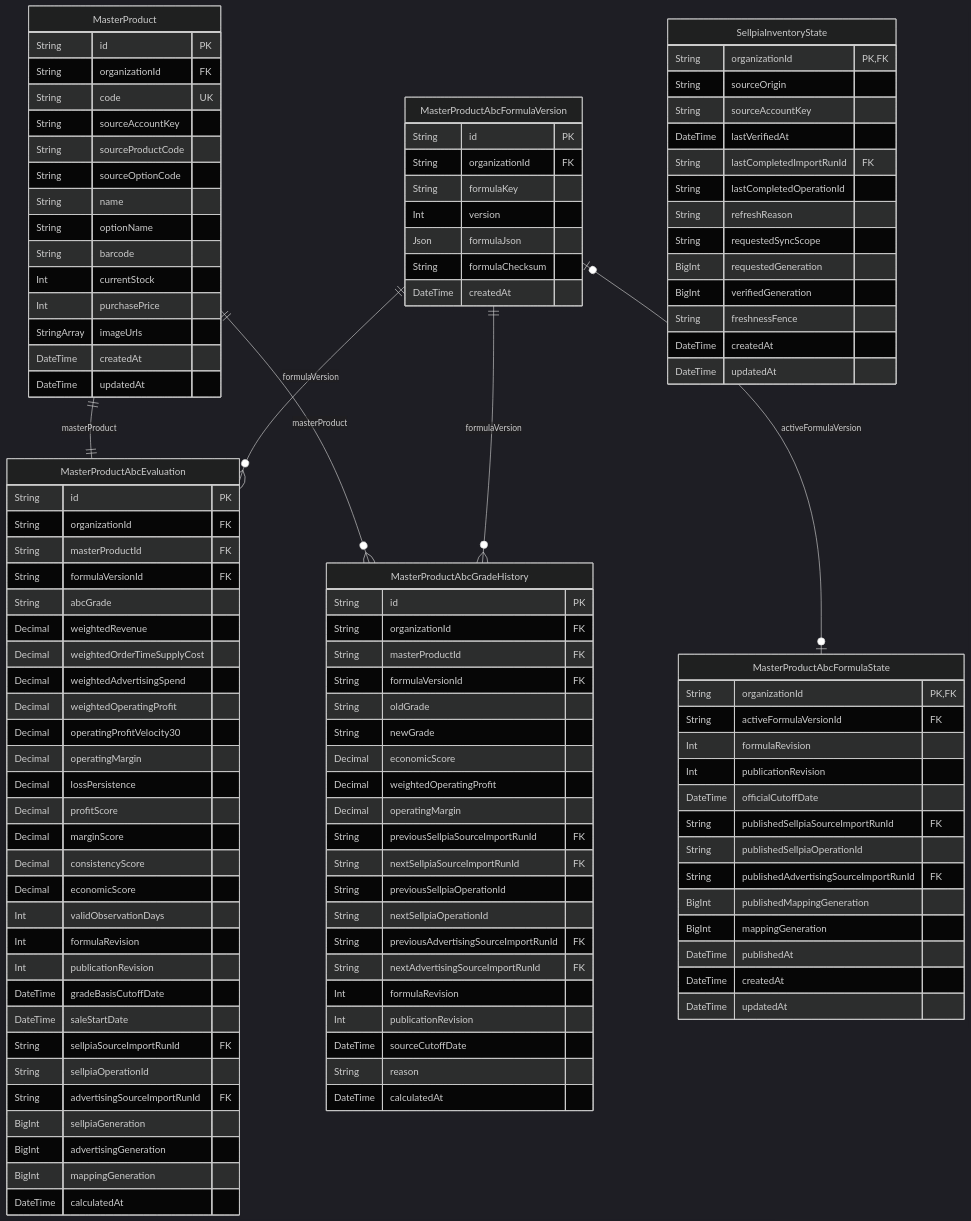
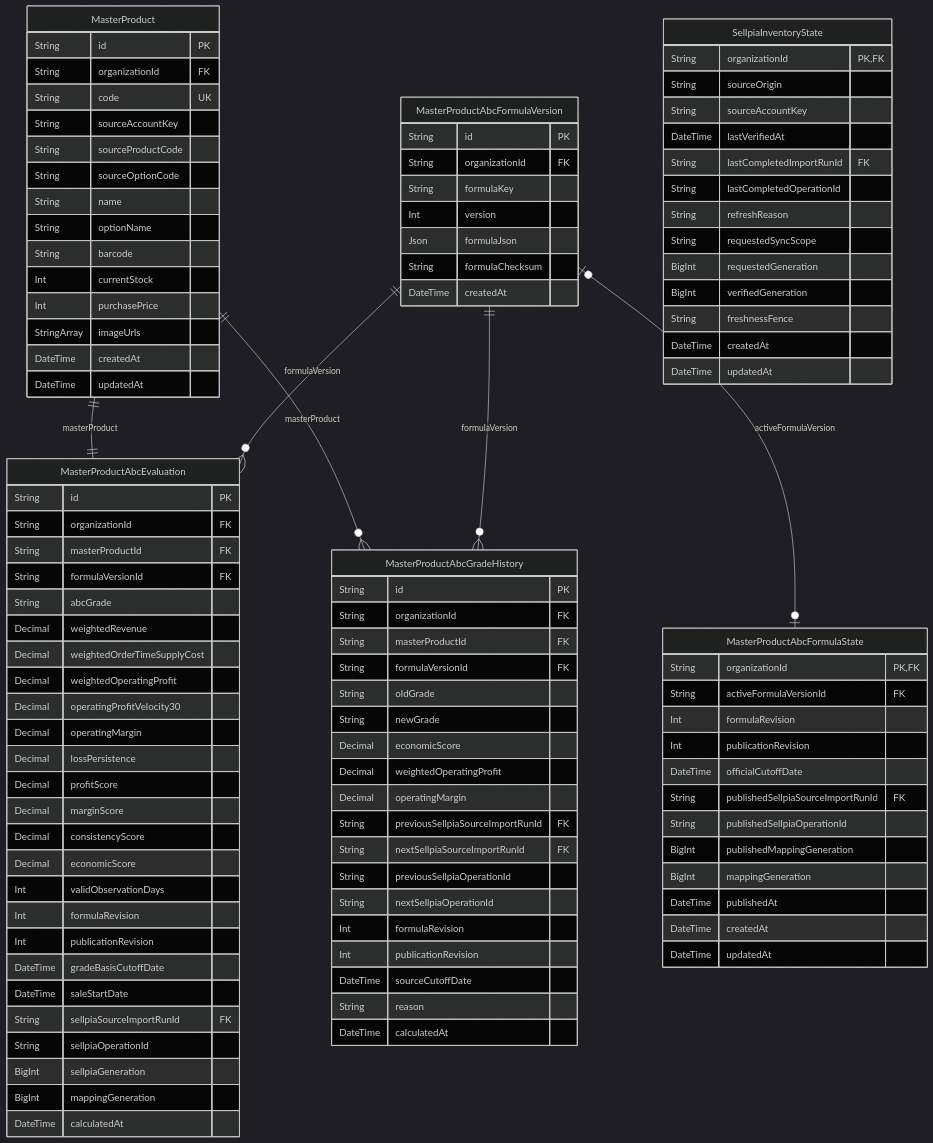
Before and after one commit to AgentFoundry-Labs/kiditem: the diagram in docs/erd/products.md, drawn with Mermaid (dark theme). The commit also changed other lines of this file and 404 other files, not shown here.

```diff
--- a/docs/erd/products.md
+++ b/docs/erd/products.md
@@ -44,7 +44,6 @@
     String abcGrade
     Decimal weightedRevenue
     Decimal weightedOrderTimeSupplyCost
-    Decimal weightedAdvertisingSpend
     Decimal weightedOperatingProfit
     Decimal operatingProfitVelocity30
     Decimal operatingMargin
@@ -60,9 +59,7 @@
     DateTime saleStartDate
     String sellpiaSourceImportRunId FK
     String sellpiaOperationId
-    String advertisingSourceImportRunId FK
     BigInt sellpiaGeneration
-    BigInt advertisingGeneration
     BigInt mappingGeneration
     DateTime calculatedAt
   }
@@ -74,7 +71,6 @@
     DateTime officialCutoffDate
     String publishedSellpiaSourceImportRunId FK
     String publishedSellpiaOperationId
-    String publishedAdvertisingSourceImportRunId FK
     BigInt publishedMappingGeneration
     BigInt mappingGeneration
     DateTime publishedAt
@@ -104,8 +100,6 @@
     String nextSellpiaSourceImportRunId FK
     String previousSellpiaOperationId
     String nextSellpiaOperationId
-    String previousAdvertisingSourceImportRunId FK
-    String nextAdvertisingSourceImportRunId FK
     Int formulaRevision
     Int publicationRevision
     DateTime sourceCutoffDate
```
